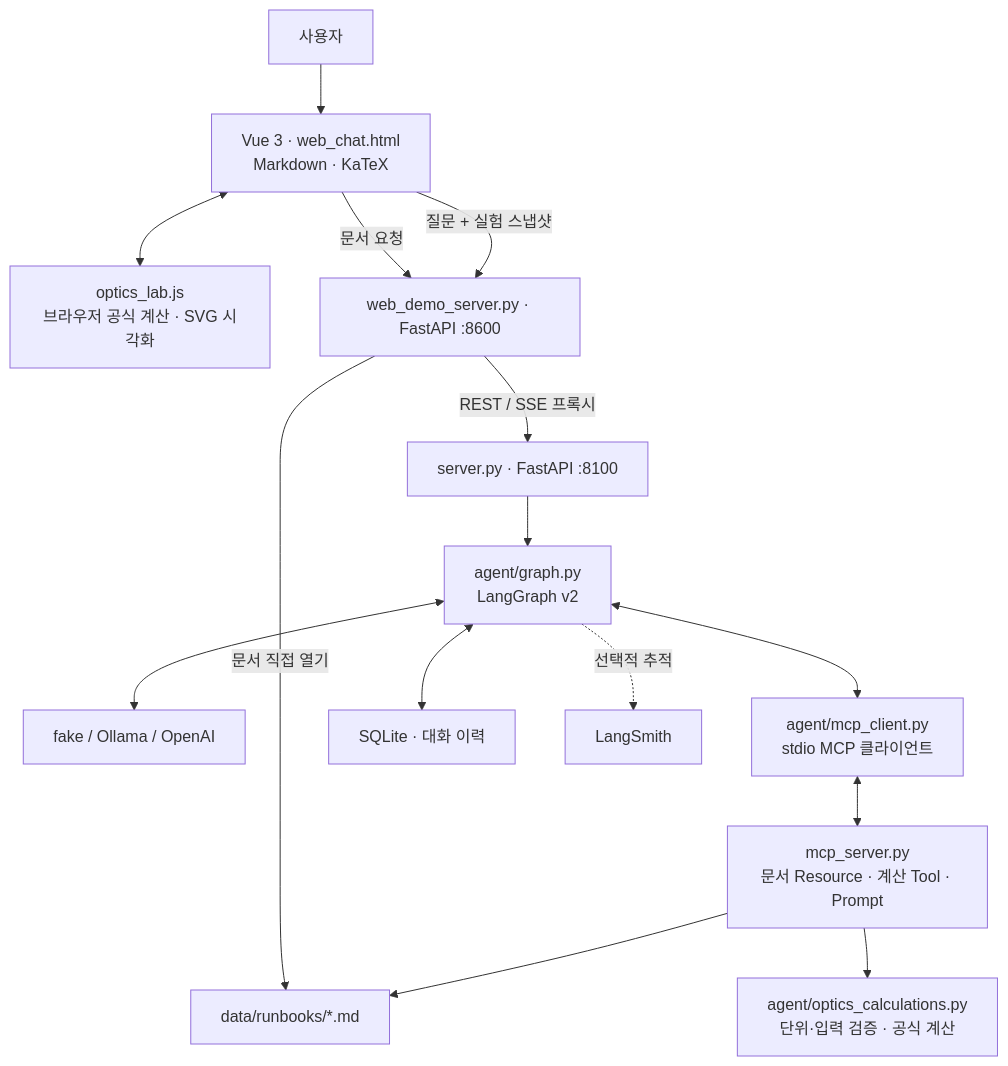
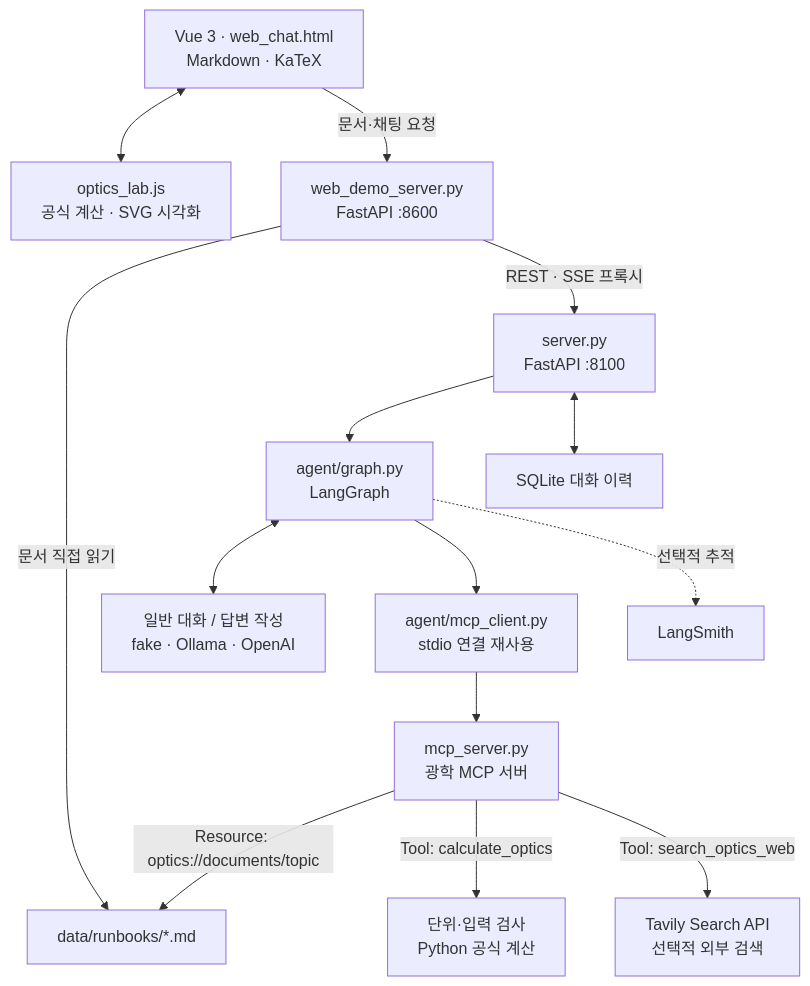
The second of 3 diagrams in doc/README.md (Yoonjin-Ko/Optics-Lab-Assistant), drawn with Mermaid before and after one commit. The commit also changed other lines of this file and 120 other files, not shown here.

Commit message:
Modified: Optics Lab Assistant

````diff
--- a/doc/README.md
+++ b/doc/README.md
@@ -38,17 +126,16 @@
 ```mermaid
 flowchart TB
-    User["사용자"] --> UI["Vue 3 · web_chat.html<br/>Markdown · KaTeX"]
-    UI <--> Sim["optics_lab.js<br/>브라우저 공식 계산 · SVG 시각화"]
-    UI -->|"문서 요청"| Web["web_demo_server.py · FastAPI :8600"]
-    UI -->|"질문 + 실험 스냅샷"| Web
-    Web -->|"REST / SSE 프록시"| API["server.py · FastAPI :8100"]
-    Web -->|"문서 직접 열기"| Files["data/runbooks/*.md"]
-    API --> Graph["agent/graph.py<br/>LangGraph v2"]
-    Graph <--> LLM["fake / Ollama / OpenAI"]
-    Graph <--> Client["agent/mcp_client.py<br/>stdio MCP 클라이언트"]
-    Client <--> MCP["mcp_server.py<br/>문서 Resource · 계산 Tool · Prompt"]
-    MCP --> Files
-    MCP --> Calc["agent/optics_calculations.py<br/>단위·입력 검증 · 공식 계산"]
-    Graph <--> DB["SQLite · 대화 이력"]
-    Graph -. "선택적 추적" .-> Trace["LangSmith"]
+    UI["Vue 3 · web_chat.html<br/>Markdown · KaTeX"] <--> Simulation["optics_lab.js<br/>공식 계산 · SVG 시각화"]
+    UI -->|"문서·채팅 요청"| Web["web_demo_server.py<br/>FastAPI :8600"]
+    Web -->|"문서 직접 읽기"| Documents["data/runbooks/*.md"]
+    Web -->|"REST · SSE 프록시"| API["server.py<br/>FastAPI :8100"]
+    API --> Graph["agent/graph.py<br/>LangGraph"]
+    API <--> Store["SQLite 대화 이력"]
+    Graph <--> Models["일반 대화 / 답변 작성<br/>fake · Ollama · OpenAI"]
+    Graph --> Client["agent/mcp_client.py<br/>stdio 연결 재사용"]
+    Client --> MCP["mcp_server.py<br/>광학 MCP 서버"]
+    MCP -->|"Resource: optics://documents/topic"| Documents
+    MCP -->|"Tool: calculate_optics"| Math["단위·입력 검사<br/>Python 공식 계산"]
+    MCP -->|"Tool: search_optics_web"| Tavily["Tavily Search API<br/>선택적 외부 검색"]
+    Graph -. "선택적 추적" .-> Tracing["LangSmith"]
 ```
````
